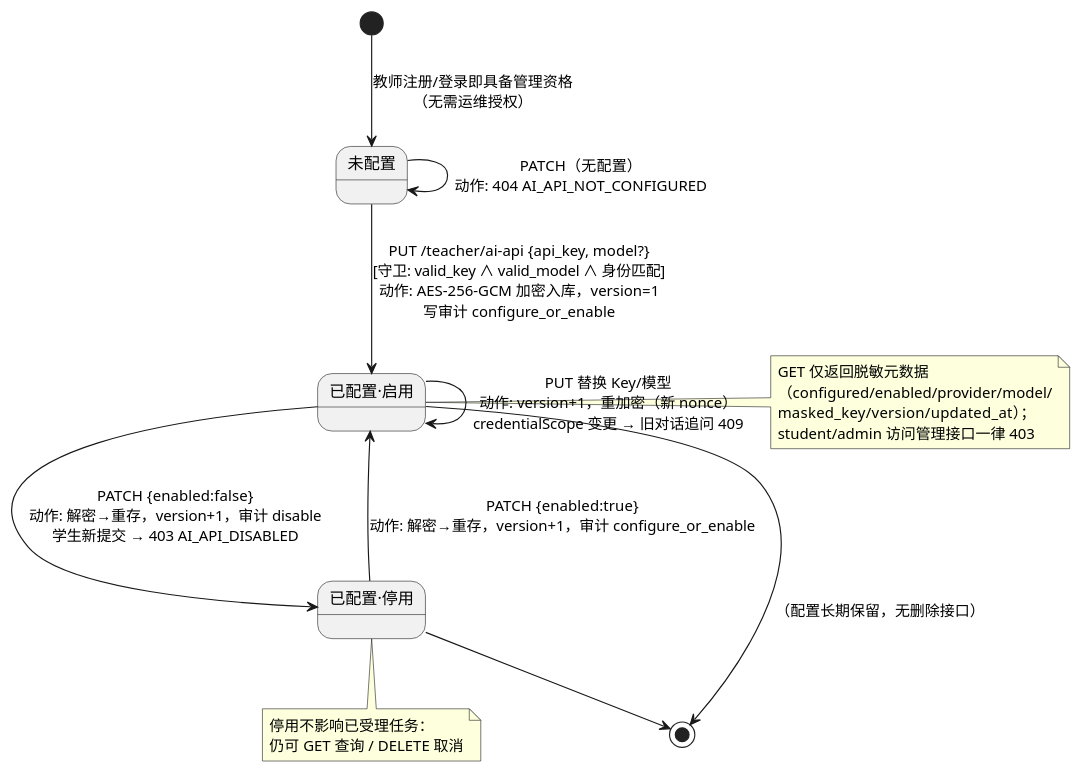
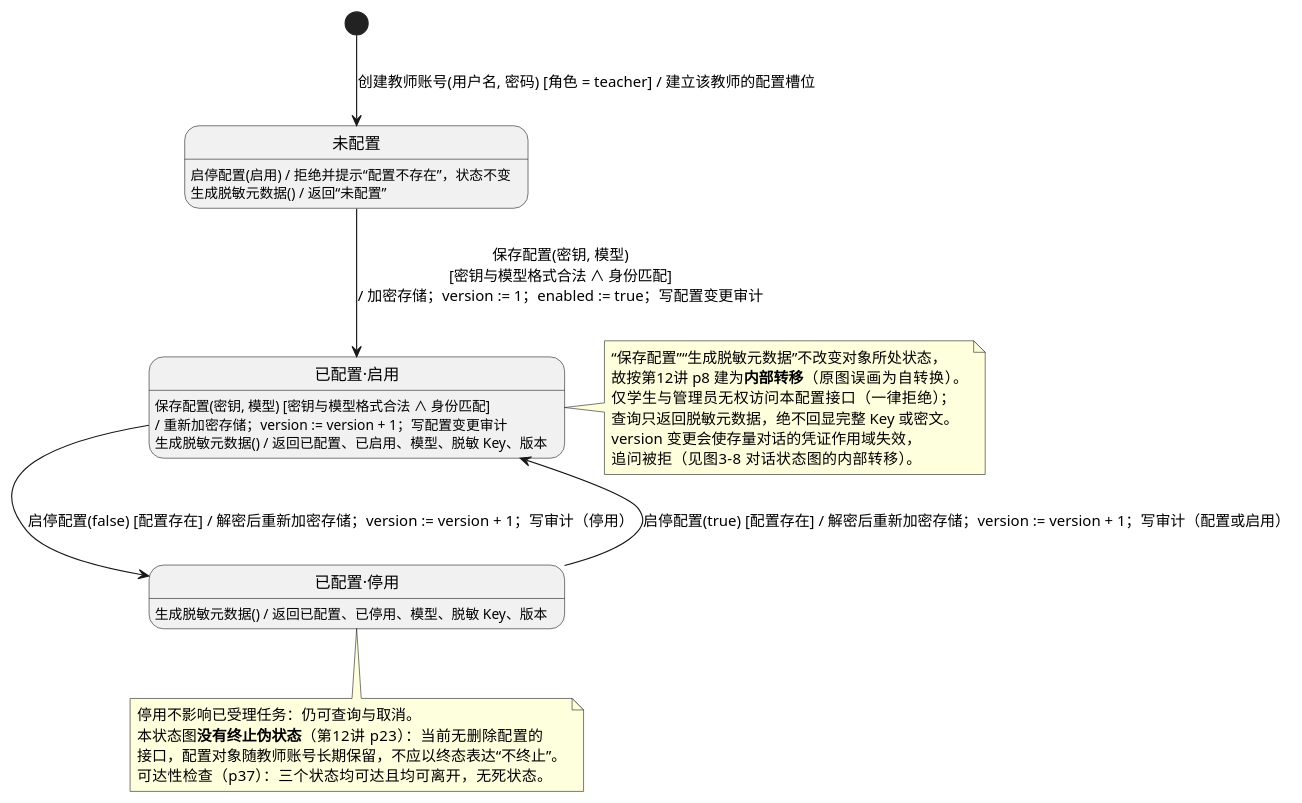
One commit to Araaaagorn/ai-question-bank changed the diagram in OOA_OOD/diagrams/state/st3_teacher_api.puml. Above: the diagram before and after it, drawn with PlantUML. The commit also changed 86 other files, not shown here.

```diff
--- a/OOA_OOD/diagrams/state/st3_teacher_api.puml
+++ b/OOA_OOD/diagrams/state/st3_teacher_api.puml
@@ -1,35 +1,49 @@
 @startuml st3_teacher_api
-' 状态图3：教师 AI API 配置生命周期
-' 依据：server/src/teacher_api.c（save/toggle/load/metadata）、teacher_api_routes.c、
-'       docs/teacher-api.md；每次保存 version+1 并写 teacher_ai_audit
+' AI+题库智能教学平台 — 图2-13 状态图3：教师 AI API 配置（TeacherApiConfig）生命周期
+' 课程依据（第12讲）：
+'   p8     内部转移：事件发生不导致状态改变 → 写在状态的内部转移分栏，不画成自转换
+'   p17    转换串格式：事件名[(参数表)] [监护条件] [/动作表达式]
+'   p19/20 状态内转移用 entry / exit / do
+'   p22    源状态与目标状态相同的“状态间转移”要先 exit 再 entry，与内部转移语义不同
+'   p23    状态图可以没有终止状态（对象长期存在、不终止）
+'   p37    建模后检查可达性与死状态
+' 说明：事件名与图2-5 类图 TeacherApiConfig 的操作（保存配置/启停配置/生成脱敏元数据）一一对应。
+'       每次保存 version + 1 并写审计；本图不含终止伪状态——当前无删除配置的接口，配置长期保留。
+' 依据：server/src/teacher_api.c（保存/启停/读取/元数据）、teacher_api_routes.c、docs/teacher-api.md
 skinparam shadowing false
 
-state "未配置" as Unconfigured
-state "已配置·启用" as Enabled
-state "已配置·停用" as Disabled
+state "未配置" as Unconfigured {
+  Unconfigured : 启停配置(启用) / 拒绝并提示“配置不存在”，状态不变
+  Unconfigured : 生成脱敏元数据() / 返回“未配置”
+}
+state "已配置·启用" as Enabled {
+  Enabled : 保存配置(密钥, 模型) [密钥与模型格式合法 ∧ 身份匹配]\n/ 重新加密存储；version := version + 1；写配置变更审计
+  Enabled : 生成脱敏元数据() / 返回已配置、已启用、模型、脱敏 Key、版本
+}
+state "已配置·停用" as Disabled {
+  Disabled : 生成脱敏元数据() / 返回已配置、已停用、模型、脱敏 Key、版本
+}
 
-[*] --> Unconfigured : 教师注册/登录即具备管理资格\n（无需运维授权）
+[*] --> Unconfigured : 创建教师账号(用户名, 密码) [角色 = teacher] / 建立该教师的配置槽位
 
-Unconfigured --> Enabled : PUT /teacher/ai-api {api_key, model?}\n[守卫: valid_key ∧ valid_model ∧ 身份匹配]\n动作: AES-256-GCM 加密入库，version=1\n写审计 configure_or_enable
+Unconfigured --> Enabled : 保存配置(密钥, 模型)\n[密钥与模型格式合法 ∧ 身份匹配]\n/ 加密存储；version := 1；enabled := true；写配置变更审计
 
-Unconfigured --> Unconfigured : PATCH（无配置）\n动作: 404 AI_API_NOT_CONFIGURED
-
-Enabled --> Enabled : PUT 替换 Key/模型\n动作: version+1，重加密（新 nonce）\ncredentialScope 变更 → 旧对话追问 409
-Enabled --> Disabled : PATCH {enabled:false}\n动作: 解密→重存，version+1，审计 disable\n学生新提交 → 403 AI_API_DISABLED
-Disabled --> Enabled : PATCH {enabled:true}\n动作: 解密→重存，version+1，审计 configure_or_enable
-
-Enabled --> [*] : （配置长期保留，无删除接口）
-Disabled --> [*]
+Enabled --> Disabled : 启停配置(false) [配置存在] / 解密后重新加密存储；version := version + 1；写审计（停用）
+Disabled --> Enabled : 启停配置(true) [配置存在] / 解密后重新加密存储；version := version + 1；写审计（配置或启用）
 
 note right of Enabled
-  GET 仅返回脱敏元数据
-  （configured/enabled/provider/model/
-  masked_key/version/updated_at）；
-  student/admin 访问管理接口一律 403
+  “保存配置”“生成脱敏元数据”不改变对象所处状态，
+  故按第12讲 p8 建为**内部转移**（原图误画为自转换）。
+  仅学生与管理员无权访问本配置接口（一律拒绝）；
+  查询只返回脱敏元数据，绝不回显完整 Key 或密文。
+  version 变更会使存量对话的凭证作用域失效，
+  追问被拒（见图3-8 对话状态图的内部转移）。
 end note
 
 note bottom of Disabled
-  停用不影响已受理任务：
-  仍可 GET 查询 / DELETE 取消
+  停用不影响已受理任务：仍可查询与取消。
+  本状态图**没有终止伪状态**（第12讲 p23）：当前无删除配置的
+  接口，配置对象随教师账号长期保留，不应以终态表达“不终止”。
+  可达性检查（p37）：三个状态均可达且均可离开，无死状态。
 end note
 @enduml
```
